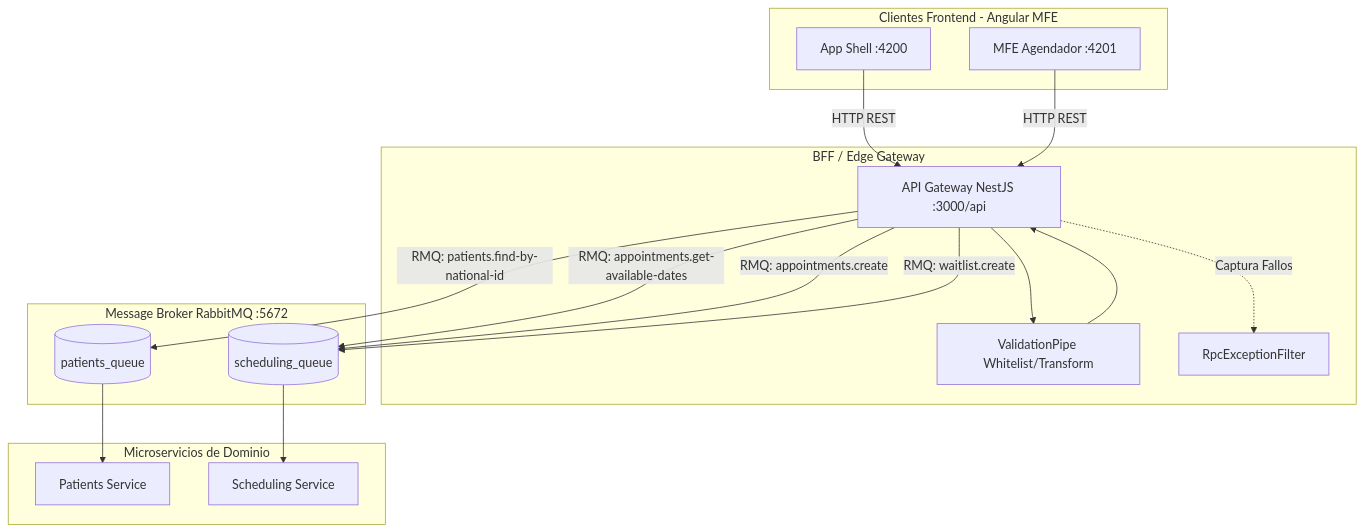
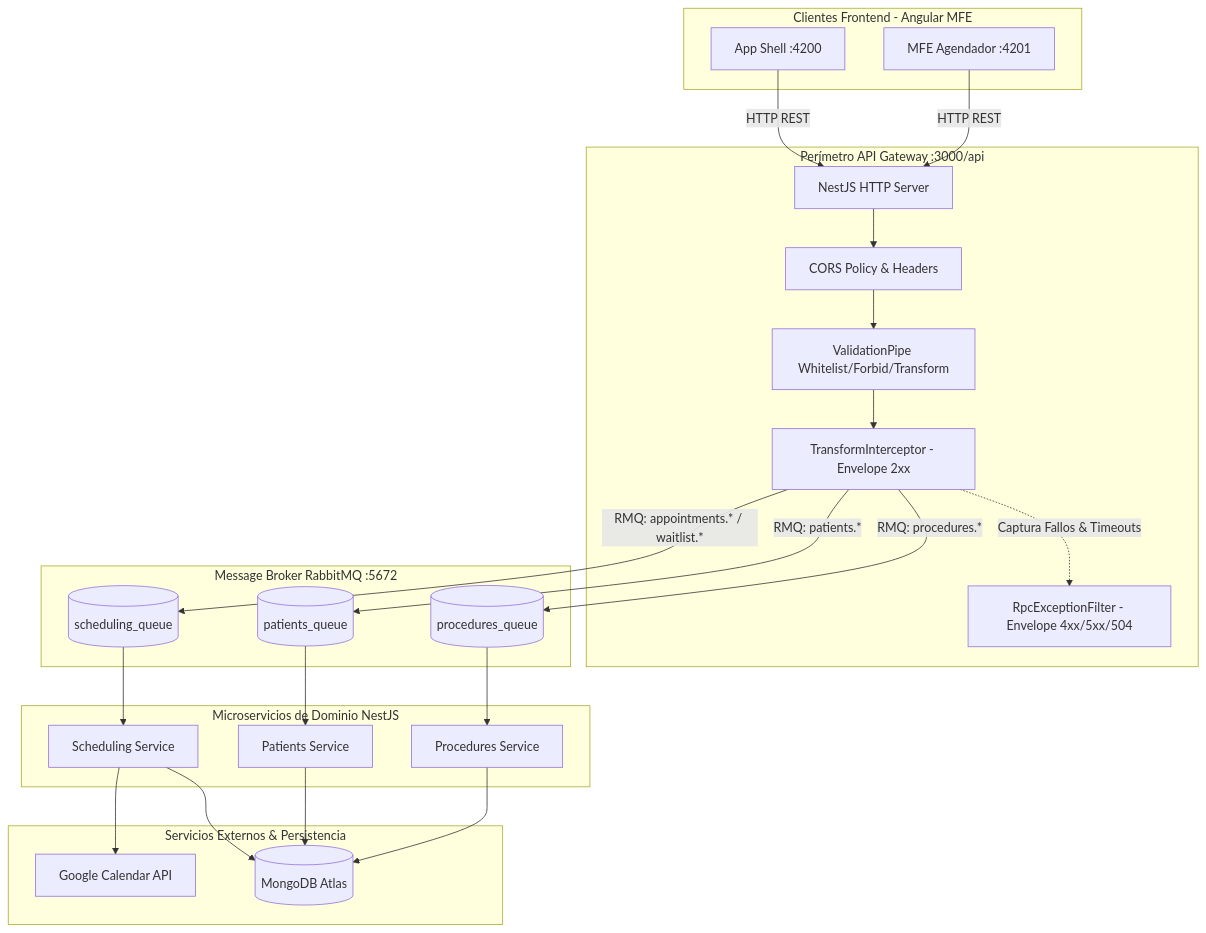
The diagram in docs/api-gateway.md (ctg-angular-lab/nx-boilerplate), drawn with Mermaid before and after one commit. The commit also changed other lines of this file, not shown here.

Commit message:
docs(api-gateway): actualizar documentacion tecnica de endpoints, contratos y envelope pattern

````diff
--- a/docs/api-gateway.md
+++ b/docs/api-gateway.md
@@ -21,37 +24,52 @@
 ```mermaid
 graph TD
     subgraph Frontend [Clientes Frontend - Angular MFE]
         Shell[App Shell :4200]
         RemoteAgendador[MFE Agendador :4201]
     end
 
-    subgraph Perimetro [BFF / Edge Gateway]
-        Gateway[API Gateway NestJS :3000/api]
-        ValPipe[ValidationPipe Whitelist/Transform]
-        RpcFilter[RpcExceptionFilter]
+    subgraph EdgeGateway [Perímetro API Gateway :3000/api]
+        GatewayMain[NestJS HTTP Server]
+        Cors[CORS Policy & Headers]
+        ValPipe[ValidationPipe Whitelist/Forbid/Transform]
+        Transform[TransformInterceptor - Envelope 2xx]
+        RpcFilter[RpcExceptionFilter - Envelope 4xx/5xx/504]
     end
 
     subgraph Broker [Message Broker RabbitMQ :5672]
         QueuePatients[(patients_queue)]
+        QueueProcedures[(procedures_queue)]
         QueueScheduling[(scheduling_queue)]
     end
 
-    subgraph BackendServices [Microservicios de Dominio]
+    subgraph BackendServices [Microservicios de Dominio NestJS]
         PatientsSvc[Patients Service]
+        ProceduresSvc[Procedures Service]
         SchedulingSvc[Scheduling Service]
     end
 
-    Shell -->|HTTP REST| Gateway
-    RemoteAgendador -->|HTTP REST| Gateway
-    Gateway --> ValPipe
-    ValPipe --> Gateway
-    Gateway -.->|Captura Fallos| RpcFilter
+    subgraph External [Servicios Externos & Persistencia]
+        GoogleCal[Google Calendar API]
+        MongoAtlas[(MongoDB Atlas)]
+    end
 
-    Gateway -->|RMQ: patients.find-by-national-id| QueuePatients
+    Shell -->|HTTP REST| GatewayMain
+    RemoteAgendador -->|HTTP REST| GatewayMain
+    GatewayMain --> Cors --> ValPipe
+    ValPipe --> Transform
+    Transform -.->|Captura Fallos & Timeouts| RpcFilter
+
+    Transform -->|RMQ: patients.*| QueuePatients
     QueuePatients --> PatientsSvc
 
-    Gateway -->|RMQ: appointments.get-available-dates| QueueScheduling
-    Gateway -->|RMQ: appointments.create| QueueScheduling
-    Gateway -->|RMQ: waitlist.create| QueueScheduling
+    Transform -->|RMQ: procedures.*| QueueProcedures
+    QueueProcedures --> ProceduresSvc
+
+    Transform -->|RMQ: appointments.* / waitlist.*| QueueScheduling
     QueueScheduling --> SchedulingSvc
+
+    SchedulingSvc --> GoogleCal
+    SchedulingSvc --> MongoAtlas
+    PatientsSvc --> MongoAtlas
+    ProceduresSvc --> MongoAtlas
 ```
````
